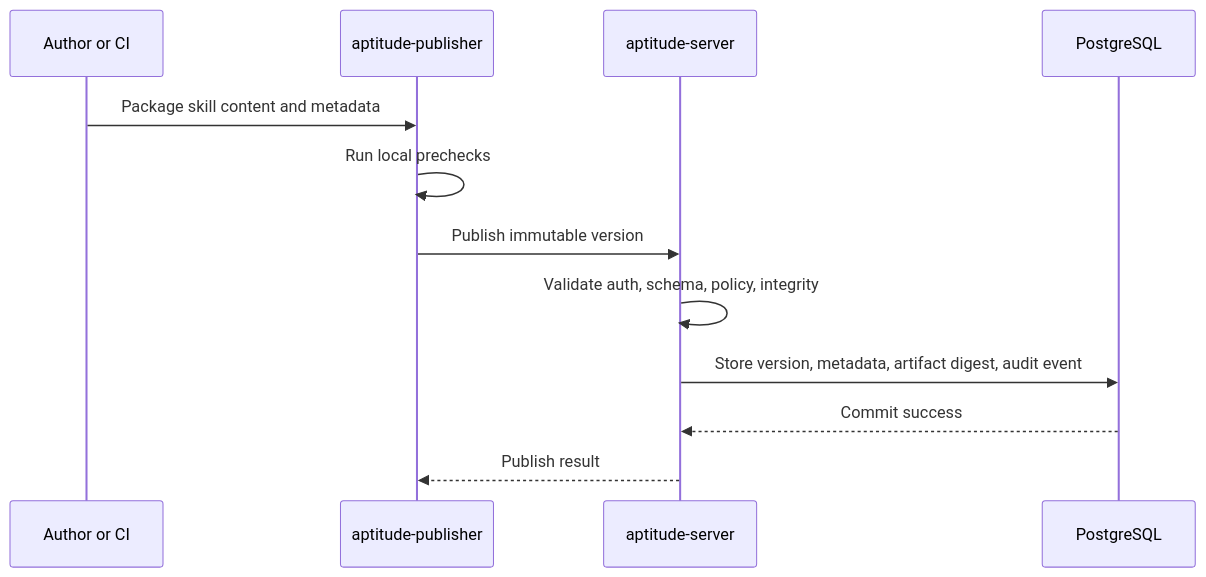
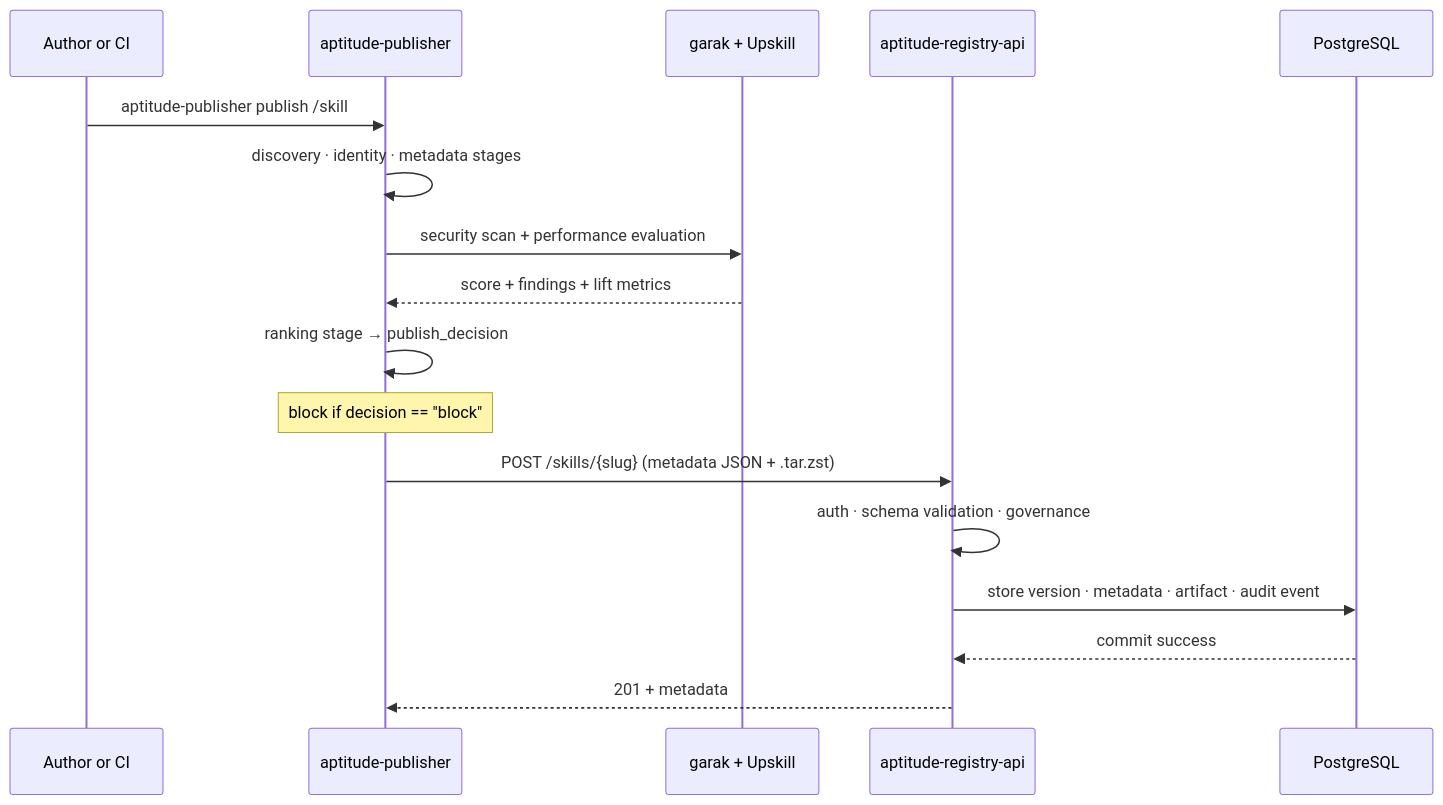
Before and after one commit to aptitude-stack/docs: the second of 3 diagrams in high-level-design.md, drawn with Mermaid. The commit also changed other lines of this file and 102 other files, not shown here.

````diff
--- a/high-level-design.md
+++ b/high-level-design.md
@@ -146,15 +112,20 @@
 ```mermaid
 sequenceDiagram
     participant A as Author or CI
     participant P as aptitude-publisher
-    participant S as aptitude-server
+    participant G as garak + Upskill
+    participant S as aptitude-registry-api
     participant D as PostgreSQL
 
-    A->>P: Package skill content and metadata
-    P->>P: Run local prechecks
-    P->>S: Publish immutable version
-    S->>S: Validate auth, schema, policy, integrity
-    S->>D: Store version, metadata, artifact digest, audit event
-    D-->>S: Commit success
-    S-->>P: Publish result
+    A->>P: aptitude-publisher publish /skill
+    P->>P: discovery · identity · metadata stages
+    P->>G: security scan + performance evaluation
+    G-->>P: score + findings + lift metrics
+    P->>P: ranking stage → publish_decision
+    Note over P: block if decision == "block"
+    P->>S: POST /skills/{slug} (metadata JSON + .tar.zst)
+    S->>S: auth · schema validation · governance
+    S->>D: store version · metadata · artifact · audit event
+    D-->>S: commit success
+    S-->>P: 201 + metadata
 ```
````
